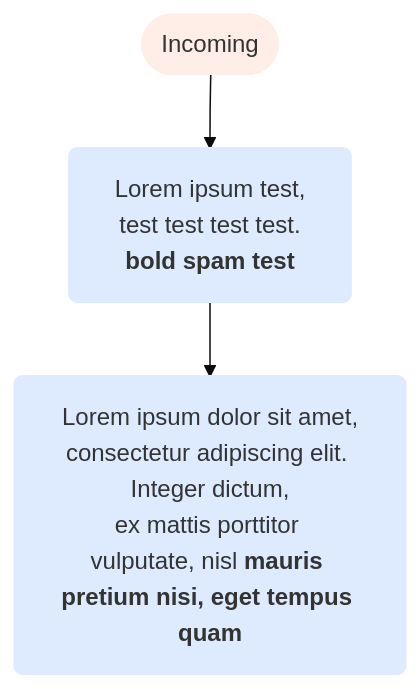
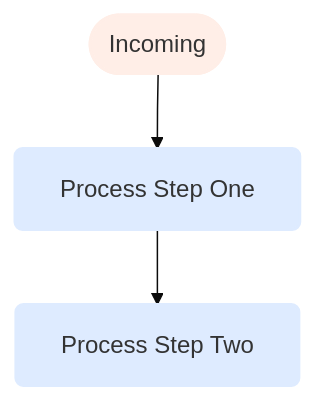
The sixth of 9 diagrams in docs/input/ru/mermaid/index.md (diplodoc-platform/testpack), drawn with Mermaid (base theme) before and after one commit. The commit also changed other lines of this file and 7 other files, not shown here.

Commit message:
feat(dependabot): T3.20 Tests mermaid

````diff
--- a/docs/input/ru/mermaid/index.md
+++ b/docs/input/ru/mermaid/index.md
@@ -3,16 +82,12 @@
 ```mermaid
 graph TB
     P(["Incoming"]):::orange
-    A1["`Lorem ipsum test, 
-    test test test test. 
-    **bold spam test**`"]:::blue
-    A2["`Lorem ipsum dolor sit amet,
-    consectetur adipiscing elit. Integer dictum,
-    ex mattis porttitor vulputate, nisl **mauris pretium nisi, eget tempus quam**`"]:::blue
+    A1["Process Step One"]:::blue
+    A2["Process Step Two"]:::blue
 
     P --> A1
     A1 --> A2
 
     classDef orange fill:#ffeee7,stroke:#ffeee7,stroke-width:2px;
     classDef blue fill:#deebff,stroke:#deebff,stroke-width:2px,rx:5,ry:5;
 ```
````
